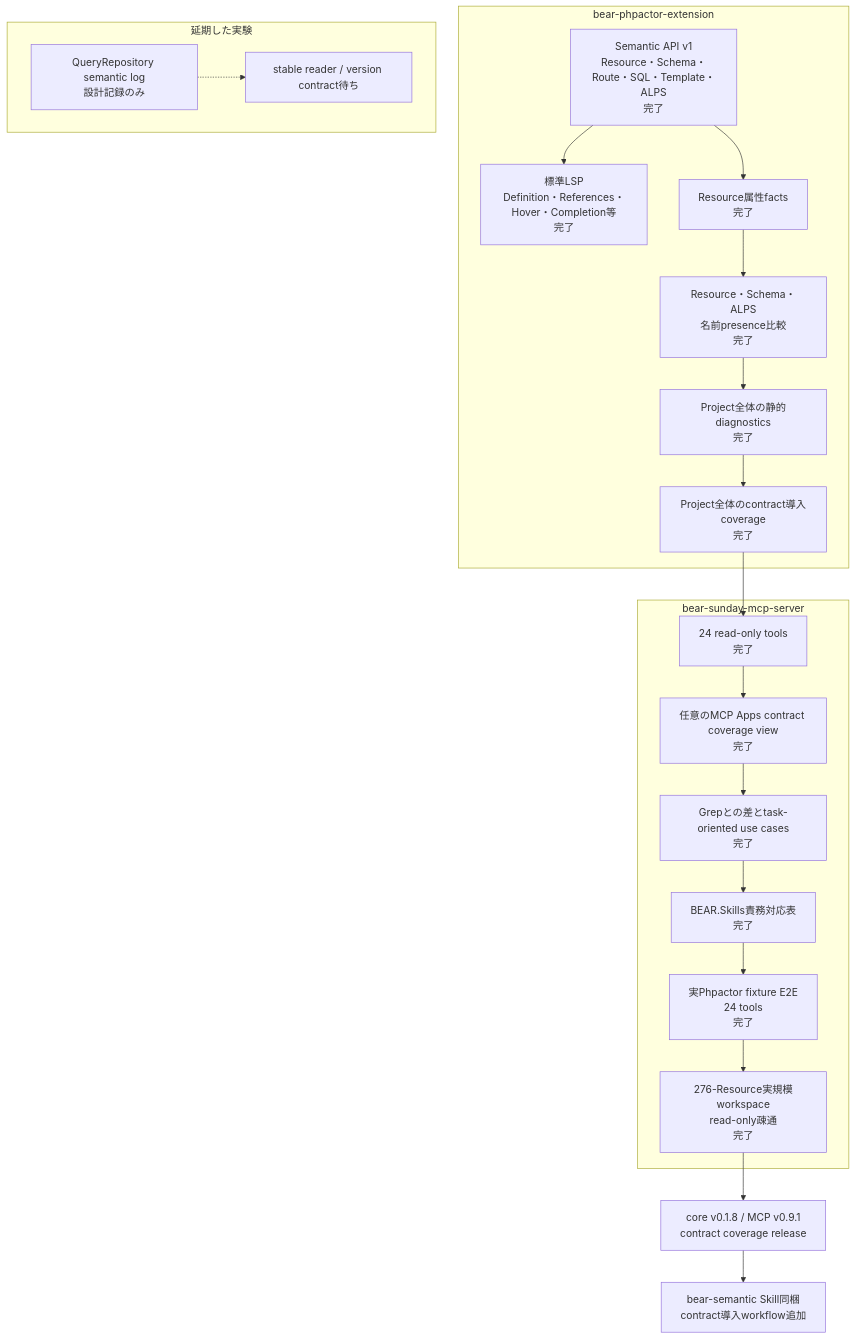
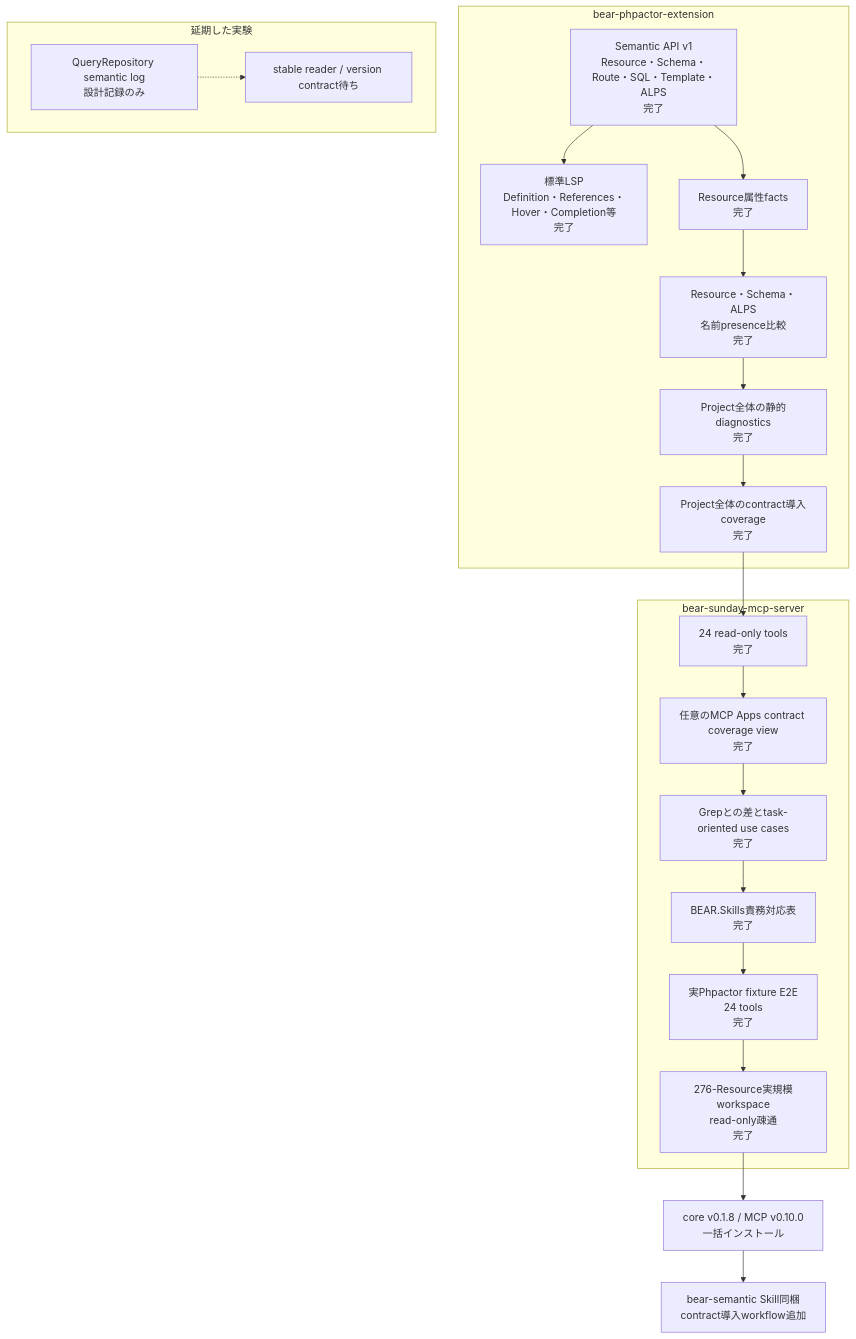
The diagram in docs/project-status.ja.md (suzumaze/bear-sunday-mcp-server), drawn with Mermaid before and after one commit. The commit also changed other lines of this file and 13 other files, not shown here.

````diff
--- a/docs/project-status.ja.md
+++ b/docs/project-status.ja.md
@@ -8,34 +8,34 @@
 ```mermaid
 flowchart TB
     subgraph Core["bear-phpactor-extension"]
         C1["Semantic API v1<br/>Resource・Schema・Route・SQL・Template・ALPS<br/>完了"]
         C2["標準LSP<br/>Definition・References・Hover・Completion等<br/>完了"]
         C3["Resource属性facts<br/>完了"]
         C4["Resource・Schema・ALPS<br/>名前presence比較<br/>完了"]
         C5["Project全体の静的diagnostics<br/>完了"]
         C6["Project全体のcontract導入coverage<br/>完了"]
         C1 --> C2
         C1 --> C3 --> C4 --> C5 --> C6
     end
 
     subgraph MCP["bear-sunday-mcp-server"]
         M1["24 read-only tools<br/>完了"]
         M0["任意のMCP Apps contract coverage view<br/>完了"]
         M2["Grepとの差とtask-oriented use cases<br/>完了"]
         M3["BEAR.Skills責務対応表<br/>完了"]
         M4["実Phpactor fixture E2E<br/>24 tools<br/>完了"]
         M5["276-Resource実規模workspace<br/>read-only疎通<br/>完了"]
         M1 --> M0 --> M2 --> M3 --> M4 --> M5
     end
 
     C6 --> M1
 
     subgraph Deferred["延期した実験"]
         D1["QueryRepository semantic log<br/>設計記録のみ"]
         D2["stable reader / version contract待ち"]
         D1 -.-> D2
     end
 
-    M5 --> R1["core v0.1.8 / MCP v0.9.1<br/>contract coverage release"]
+    M5 --> R1["core v0.1.8 / MCP v0.10.0<br/>一括インストール"]
     R1 --> S1["bear-semantic Skill同梱<br/>contract導入workflow追加"]
 ```
````
